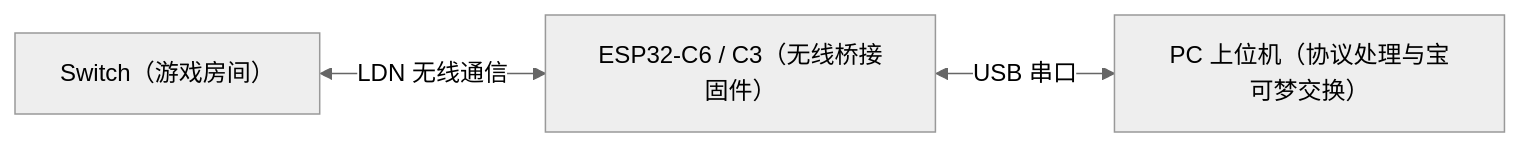
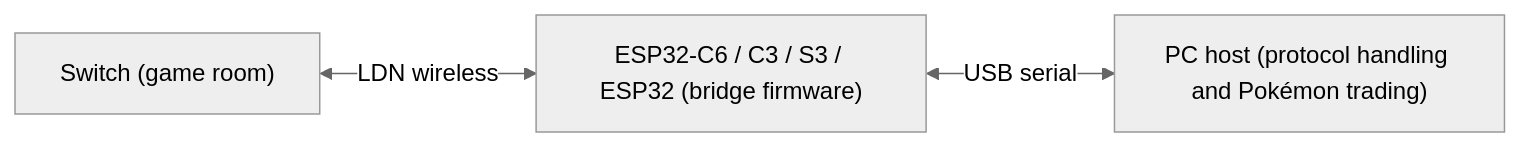
The diagram in README.md (GB-Link/GB-Link-Switch-LDN), drawn with Mermaid (neutral theme) before and after one commit. The commit also changed other lines of this file and 66 other files, not shown here.

````diff
--- a/README.md
+++ b/README.md
@@ -15,5 +21,5 @@
 ```mermaid
 flowchart LR
-    Switch["Switch（游戏房间）"] <-->|LDN 无线通信| ESP32["ESP32-C6 / C3（无线桥接固件）"]
-    ESP32 <-->|USB 串口| PC["PC 上位机（协议处理与宝可梦交换）"]
+    Switch["Switch (game room)"] <-->|LDN wireless| ESP32["ESP32-C6 / C3 / S3 / ESP32 (bridge firmware)"]
+    ESP32 <-->|USB serial| PC["PC host (protocol handling and Pokémon trading)"]
 ```
````
